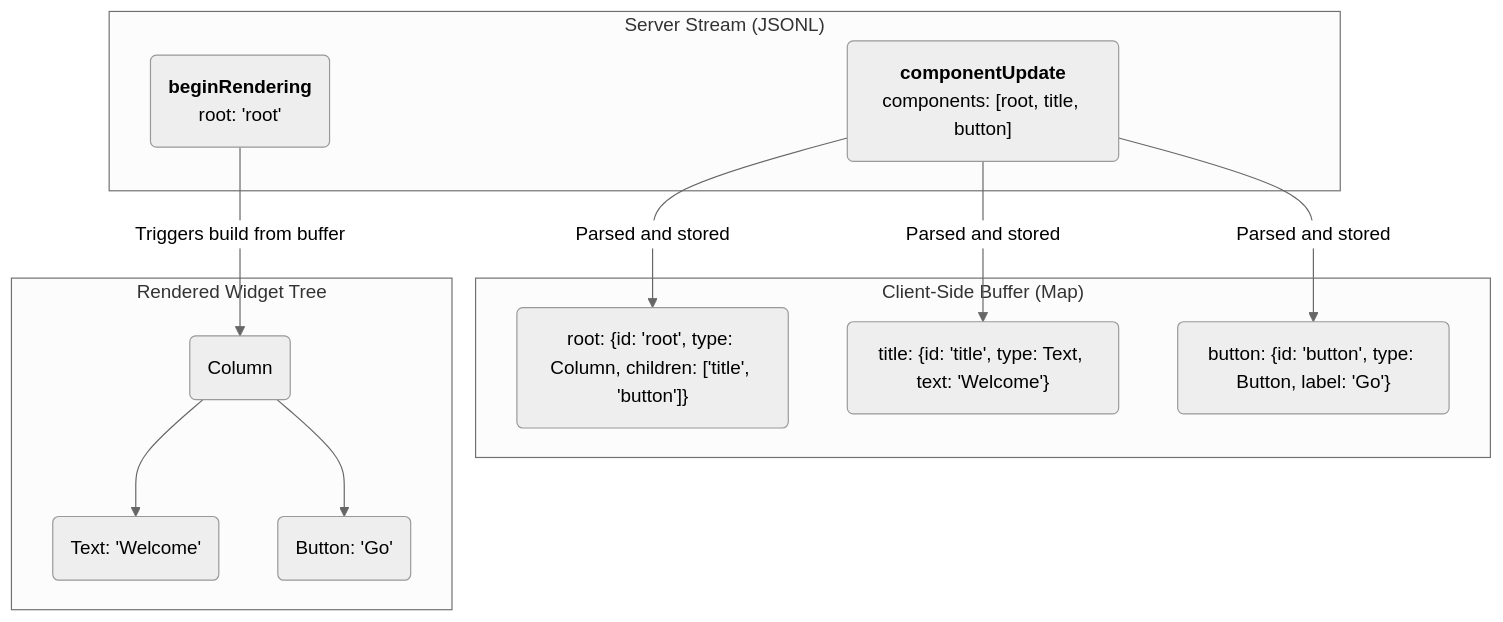
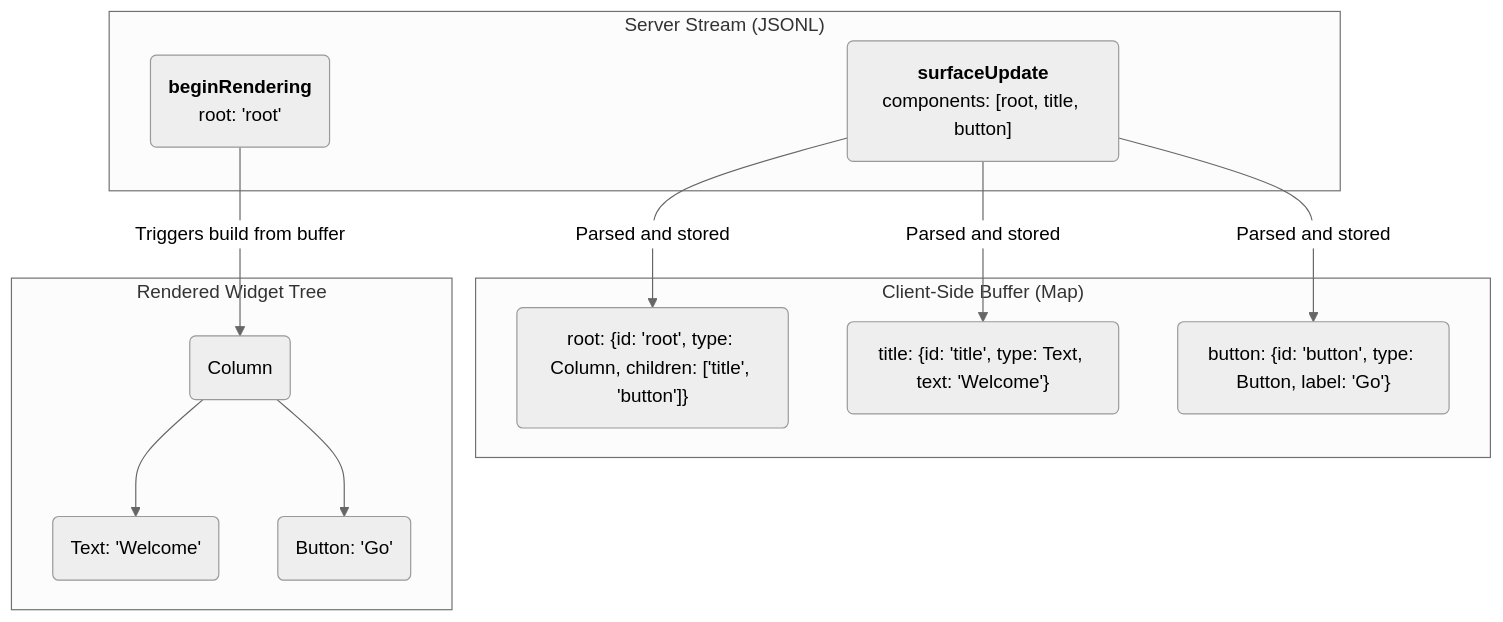
The second of 2 diagrams in docs/a2ui_protocol.md (google/A2UI), drawn with Mermaid (neutral theme) before and after one commit. The commit also changed other lines of this file, not shown here.

````diff
--- a/docs/a2ui_protocol.md
+++ b/docs/a2ui_protocol.md
@@ -236,24 +236,24 @@
 ```mermaid
 flowchart TD
     subgraph "Server Stream (JSONL)"
-        A("<b>componentUpdate</b><br>components: [root, title, button]")
+        A("<b>surfaceUpdate</b><br>components: [root, title, button]")
         B("<b>beginRendering</b><br>root: 'root'")
     end
 
     subgraph "Client-Side Buffer (Map)"
         C("root: {id: 'root', type: Column, children: ['title', 'button']}")
         D("title: {id: 'title', type: Text, text: 'Welcome'}")
         E("button: {id: 'button', type: Button, label: 'Go'}")
     end
 
     subgraph "Rendered Widget Tree"
         F(Column) --> G(Text: 'Welcome')
         F --> H(Button: 'Go')
     end
 
     A -- "Parsed and stored" --> C
     A -- "Parsed and stored" --> D
     A -- "Parsed and stored" --> E
 
     B -- "Triggers build from buffer" --> F
 ```
````
